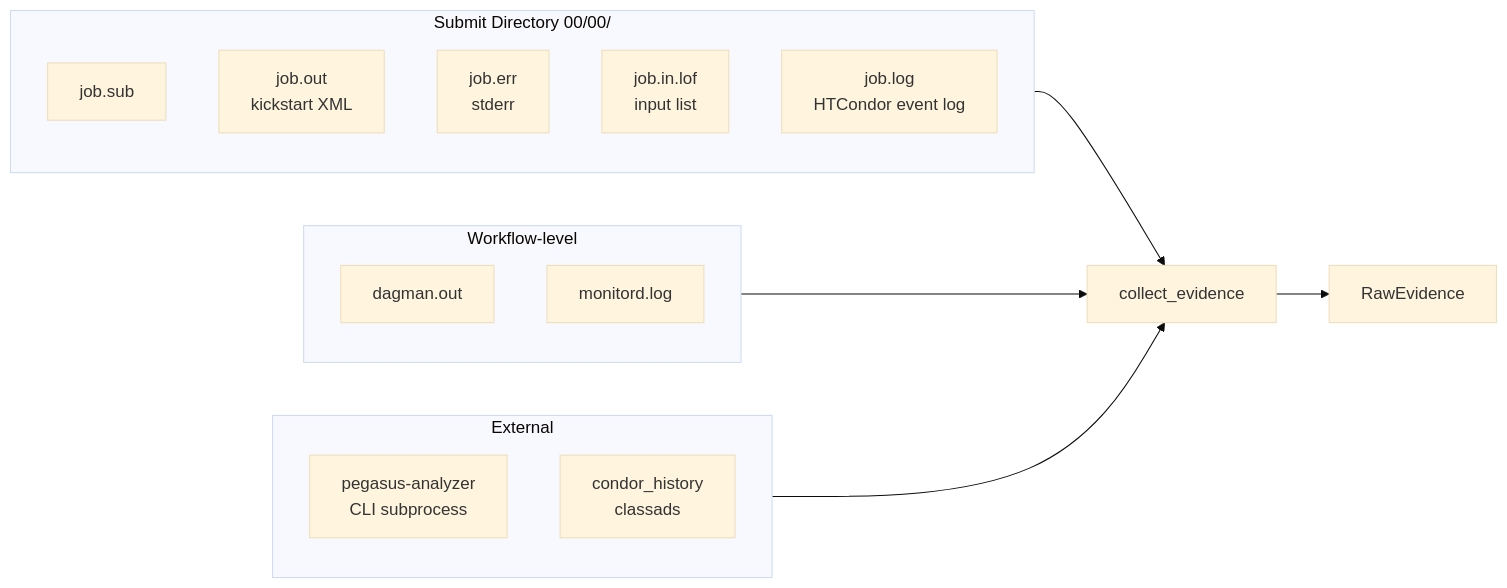
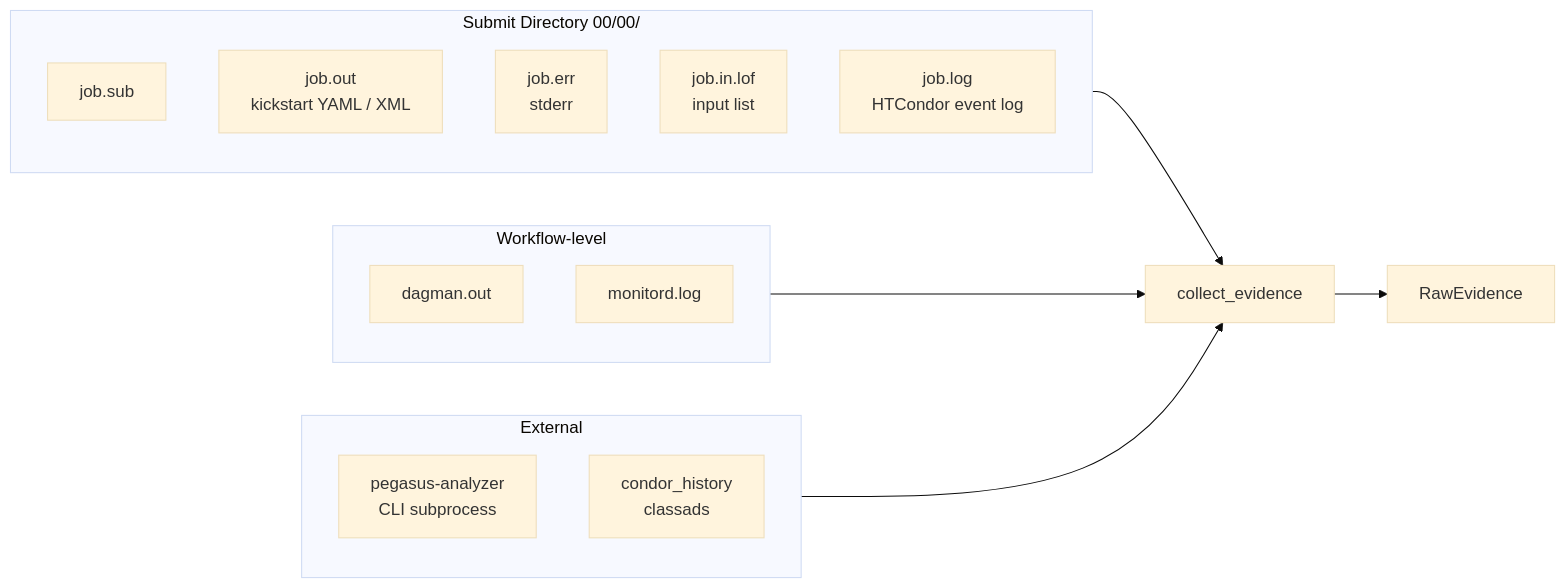
The third of 11 diagrams in ARCHITECTURE.md (swarmourr/AgentMape), drawn with Mermaid (base theme) before and after one commit. The commit also changed other lines of this file and 1 other file, not shown here.

First line of the commit message:
feat(tools): add YAML kickstart parser and get_stdout tool

````diff
--- a/ARCHITECTURE.md
+++ b/ARCHITECTURE.md
@@ -217,25 +217,25 @@
 ```mermaid
 flowchart LR
     subgraph submit_dir[Submit Directory  00/00/]
         sub[job.sub]
-        out[job.out\nkickstart XML]
+        out[job.out\nkickstart YAML / XML]
         err[job.err\nstderr]
         lof[job.in.lof\ninput list]
         log[job.log\nHTCondor event log]
     end
 
     subgraph extra[Workflow-level]
         dag[dagman.out]
         monitord[monitord.log]
     end
 
     subgraph external[External]
         analyzer[pegasus-analyzer\nCLI subprocess]
         condor[condor_history\nclassads]
     end
 
     submit_dir --> E[collect_evidence]
     extra --> E
     external --> E
     E --> RawEvidence
 ```
````
